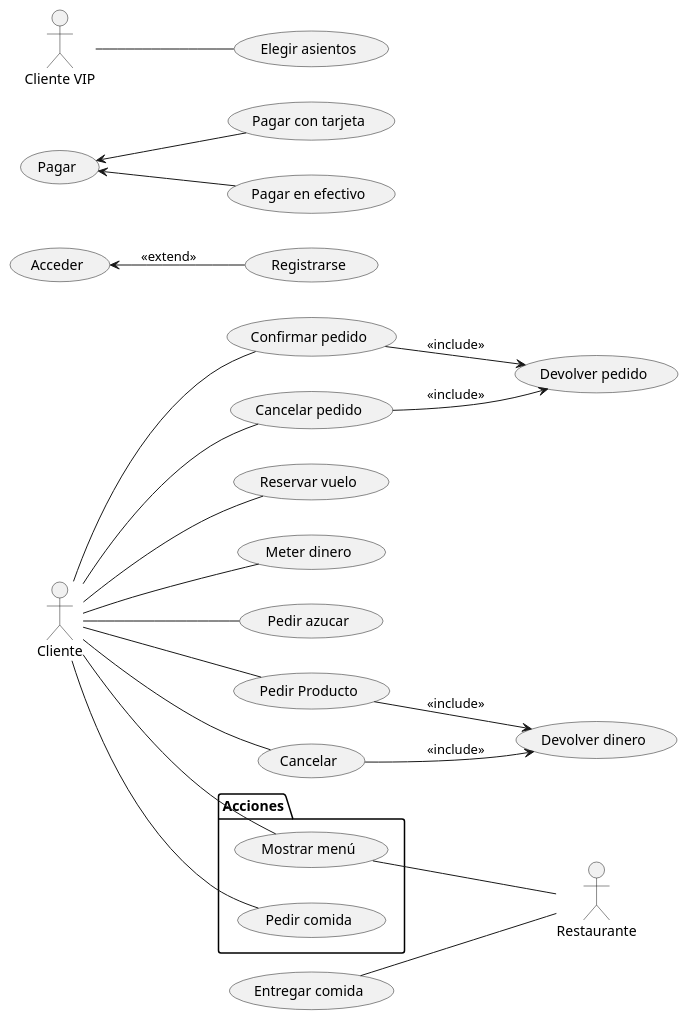
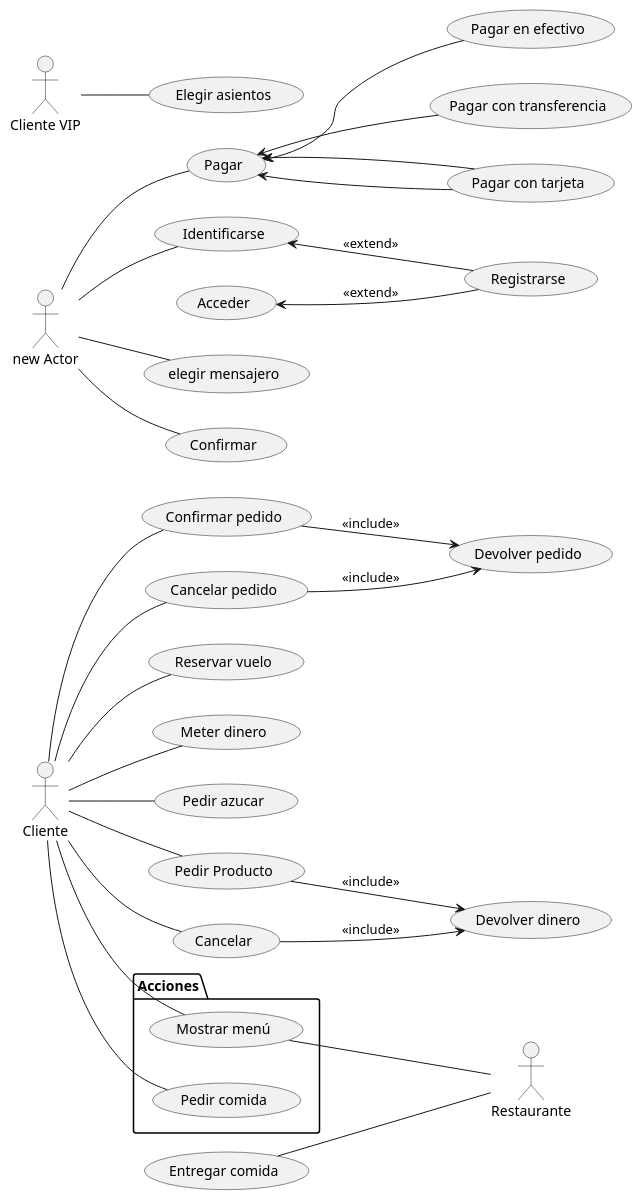
Before and after one commit to CrisMH1/ChristianM_UML: the diagram in Casos_de_uso.puml, drawn with PlantUML.

Commit message:
Update Casos_de_uso.puml
Añadido ejemplo Usuarios y administradores

```diff
--- a/Casos_de_uso.puml
+++ b/Casos_de_uso.puml
@@ -1,38 +1,47 @@
 @startuml
 'https://plantuml.com/class-diagram
 
 left to right direction
 package Acciones{
 usecase "Mostrar menú" as menu
 usecase "Pedir comida" as pedir
 
 }
 
 :Cliente: -- menu
 :Cliente: -- pedir
  (Entregar comida)-- :Restaurante:
  menu -- :Restaurante:
  
  left to right direction
 :Cliente: -- (Confirmar pedido)
 :Cliente: -- (Cancelar pedido)
 (Confirmar pedido) --> (Devolver pedido) : <<include>>
 (Cancelar pedido) --> (Devolver pedido) : <<include>>
 (Acceder) <-- (Registrarse) : <<extend>>
 
 (Pagar)<-- (Pagar con tarjeta)
 (Pagar)<-- (Pagar en efectivo)
 
 :Cliente: -- (Reservar vuelo)
 :Cliente VIP: -- (Elegir asientos)
 
 left to right direction
 :Cliente: -- (Meter dinero)
 :Cliente: -- (Pedir azucar)
 :Cliente: -- (Pedir Producto)
 :Cliente: -- (Cancelar)
 (Cancelar) -->(Devolver dinero) : <<include>>
 (Pedir Producto) --> (Devolver dinero) : <<include>>
 
+left to right direction
+:new Actor: -- (Identificarse)
+:new Actor: -- (Pagar)
+:new Actor: -- (elegir mensajero)
+:new Actor: -- (Confirmar)
+(Identificarse) <--(Registrarse) : <<extend>>
+(Pagar) <-- (Pagar con tarjeta)
+(Pagar) <-- (Pagar con transferencia)
+
 
 @enduml
```
